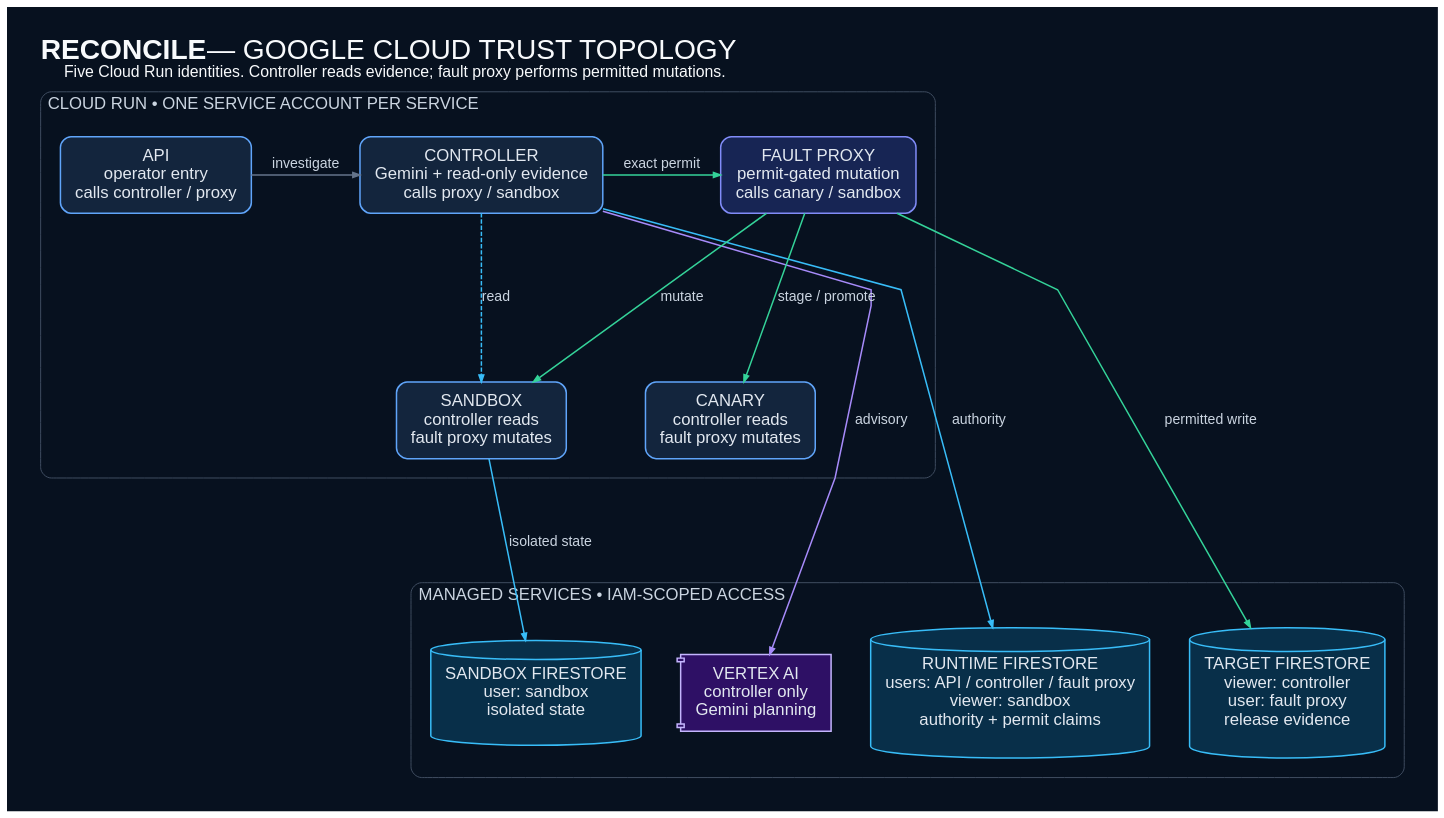
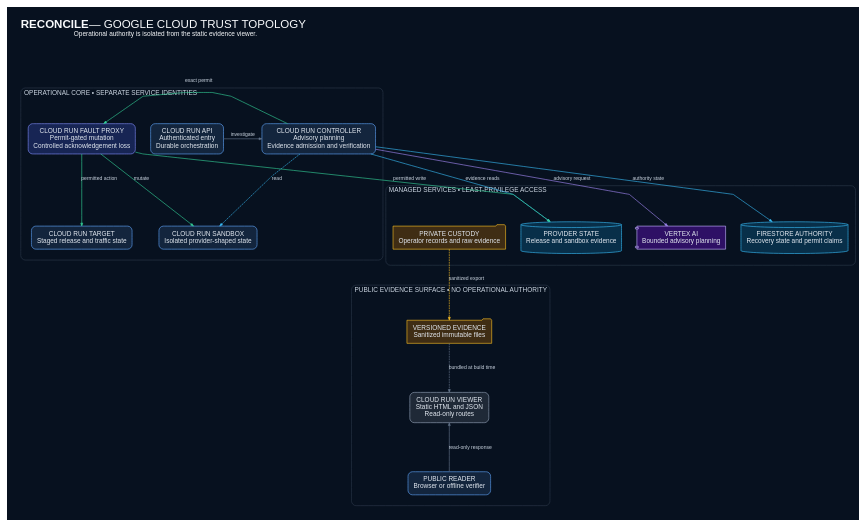
One commit to OCHOLA-EDDYPHIL/reconcile changed the diagram in docs/deployment.dot. Above: the diagram before and after it, drawn with Graphviz. The commit also changed 85 other files, not shown here.

Commit message:
feat: bind hosted recovery evidence

```diff
--- a/docs/deployment.dot
+++ b/docs/deployment.dot
@@ -1,119 +1,137 @@
 digraph ReconcileDeployment {
   graph [
     bgcolor="#07111f",
     fontname="Liberation Sans",
-    label=<<FONT POINT-SIZE="32"><B>RECONCILE</B> — GOOGLE CLOUD TRUST TOPOLOGY</FONT><BR/><FONT POINT-SIZE="18">Five Cloud Run identities. Controller reads evidence; fault proxy performs permitted mutations.</FONT>>,
+    label=<<FONT POINT-SIZE="32"><B>RECONCILE</B> — GOOGLE CLOUD TRUST TOPOLOGY</FONT><BR/><FONT POINT-SIZE="18">Operational authority is isolated from the static evidence viewer.</FONT>>,
     labelloc="t",
     labeljust="l",
     fontcolor="#f8fafc",
     pad=0.42,
     rankdir=TB,
-    ranksep=2.40,
-    nodesep=0.62,
+    ranksep=1.18,
+    nodesep=0.58,
     newrank=true,
+    ratio=fill,
+    size="14.3,8.0!",
     splines=polyline,
     compound=true
   ];
   node [
     shape=box,
     style="rounded,filled",
     fontname="Liberation Sans",
-    fontsize=19,
+    fontsize=18,
     fontcolor="#e2e8f0",
     color="#60a5fa",
     fillcolor="#13253d",
     margin="0.22,0.17",
     penwidth=1.7
   ];
   edge [
     fontname="Liberation Sans",
-    fontsize=16,
+    fontsize=14,
     fontcolor="#cbd5e1",
     color="#64748b",
     arrowsize=0.80,
     penwidth=1.7
   ];
 
-  subgraph cluster_run {
-    label="CLOUD RUN • ONE SERVICE ACCOUNT PER SERVICE";
+  subgraph cluster_core {
+    label="OPERATIONAL CORE • SEPARATE SERVICE IDENTITIES";
     fontname="Liberation Sans";
-    fontsize=19;
+    fontsize=18;
     fontcolor="#cbd5e1";
     color="#475569";
     style="rounded";
-    margin=22;
+    margin=20;
 
-    api [
-      label="API\noperator entry\ncalls controller / proxy",
-      group="api"
-    ];
+    api [label="CLOUD RUN API\nAuthenticated entry\nDurable orchestration"];
     controller [
-      label="CONTROLLER\nGemini + read-only evidence\ncalls proxy / sandbox",
-      group="controller"
+      label="CLOUD RUN CONTROLLER\nAdvisory planning\nEvidence admission and verification"
     ];
     proxy [
-      label="FAULT PROXY\npermit-gated mutation\ncalls canary / sandbox",
+      label="CLOUD RUN FAULT PROXY\nPermit-gated mutation\nControlled acknowledgement loss",
       fillcolor="#172554",
-      color="#818cf8",
-      group="proxy"
+      color="#818cf8"
     ];
-    canary [
-      label="CANARY\ncontroller reads\nfault proxy mutates"
-    ];
-    sandbox [
-      label="SANDBOX\ncontroller reads\nfault proxy mutates",
-      group="controller"
-    ];
+    target [label="CLOUD RUN TARGET\nStaged release and traffic state"];
+    sandbox [label="CLOUD RUN SANDBOX\nIsolated provider-shaped state"];
 
     { rank=same; api; controller; proxy; }
-    { rank=same; sandbox; canary; }
-    api -> controller [label="investigate", weight=20];
-    controller -> proxy [label="exact permit", color="#34d399", weight=20];
-    proxy -> canary [label="stage / promote", color="#34d399", weight=20];
+    { rank=same; target; sandbox; }
+    api -> controller [label="investigate"];
+    controller -> proxy [label="exact permit", color="#34d399"];
+    proxy -> target [label="permitted action", color="#34d399"];
     controller -> sandbox [label="read", style=dashed, color="#38bdf8"];
     proxy -> sandbox [label="mutate", color="#34d399"];
-    sandbox -> canary [style=invis, weight=20];
   }
 
-  subgraph cluster_managed {
-    label="MANAGED SERVICES • IAM-SCOPED ACCESS";
+  subgraph cluster_data {
+    label="MANAGED SERVICES • LEAST-PRIVILEGE ACCESS";
     fontname="Liberation Sans";
-    fontsize=19;
+    fontsize=18;
     fontcolor="#cbd5e1";
     color="#475569";
     style="rounded";
-    margin=22;
+    margin=20;
 
     vertex [
-      label="VERTEX AI\ncontroller only\nGemini planning",
+      label="VERTEX AI\nBounded advisory planning",
       shape=component,
       fillcolor="#2e1065",
       color="#c4b5fd"
     ];
-    runtime_db [
-      label="RUNTIME FIRESTORE\nusers: API / controller / fault proxy\nviewer: sandbox\nauthority + permit claims",
+    authority [
+      label="FIRESTORE AUTHORITY\nRecovery state and permit claims",
       shape=cylinder,
       fillcolor="#082f49",
       color="#38bdf8"
     ];
-    target_db [
-      label="TARGET FIRESTORE\nviewer: controller\nuser: fault proxy\nrelease evidence",
+    provider_state [
+      label="PROVIDER STATE\nRelease and sandbox evidence",
       shape=cylinder,
       fillcolor="#082f49",
       color="#38bdf8"
     ];
-    sandbox_db [
-      label="SANDBOX FIRESTORE\nuser: sandbox\nisolated state",
-      shape=cylinder,
-      fillcolor="#082f49",
-      color="#38bdf8"
+    custody [
+      label="PRIVATE CUSTODY\nOperator records and raw evidence",
+      shape=folder,
+      fillcolor="#3f2d14",
+      color="#fbbf24"
     ];
 
-    { rank=same; runtime_db; vertex; sandbox_db; target_db; }
+    { rank=same; authority; vertex; provider_state; custody; }
   }
 
-  controller -> vertex [label="advisory", color="#a78bfa"];
-  controller -> runtime_db [label="authority", color="#38bdf8"];
-  proxy -> target_db [label="permitted write", color="#34d399"];
-  sandbox -> sandbox_db [label="isolated state", color="#38bdf8"];
+  subgraph cluster_public {
+    label="PUBLIC EVIDENCE SURFACE • NO OPERATIONAL AUTHORITY";
+    fontname="Liberation Sans";
+    fontsize=18;
+    fontcolor="#cbd5e1";
+    color="#475569";
+    style="rounded";
+    margin=20;
+
+    versioned [
+      label="VERSIONED EVIDENCE\nSanitized immutable files",
+      shape=folder,
+      fillcolor="#3f2d14",
+      color="#fbbf24"
+    ];
+    viewer [
+      label="CLOUD RUN VIEWER\nStatic HTML and JSON\nRead-only routes",
+      fillcolor="#1f2937",
+      color="#94a3b8"
+    ];
+    public [label="PUBLIC READER\nBrowser or offline verifier"];
+
+    versioned -> viewer [label="bundled at build time", style=dashed];
+    viewer -> public [label="read-only response", dir=back];
+  }
+
+  controller -> vertex [label="advisory request", color="#a78bfa"];
+  controller -> authority [label="authority state", color="#38bdf8"];
+  controller -> provider_state [label="evidence reads", color="#38bdf8"];
+  proxy -> provider_state [label="permitted write", color="#34d399"];
+  custody -> versioned [label="sanitized export", style=dashed, color="#fbbf24"];
 }
```
